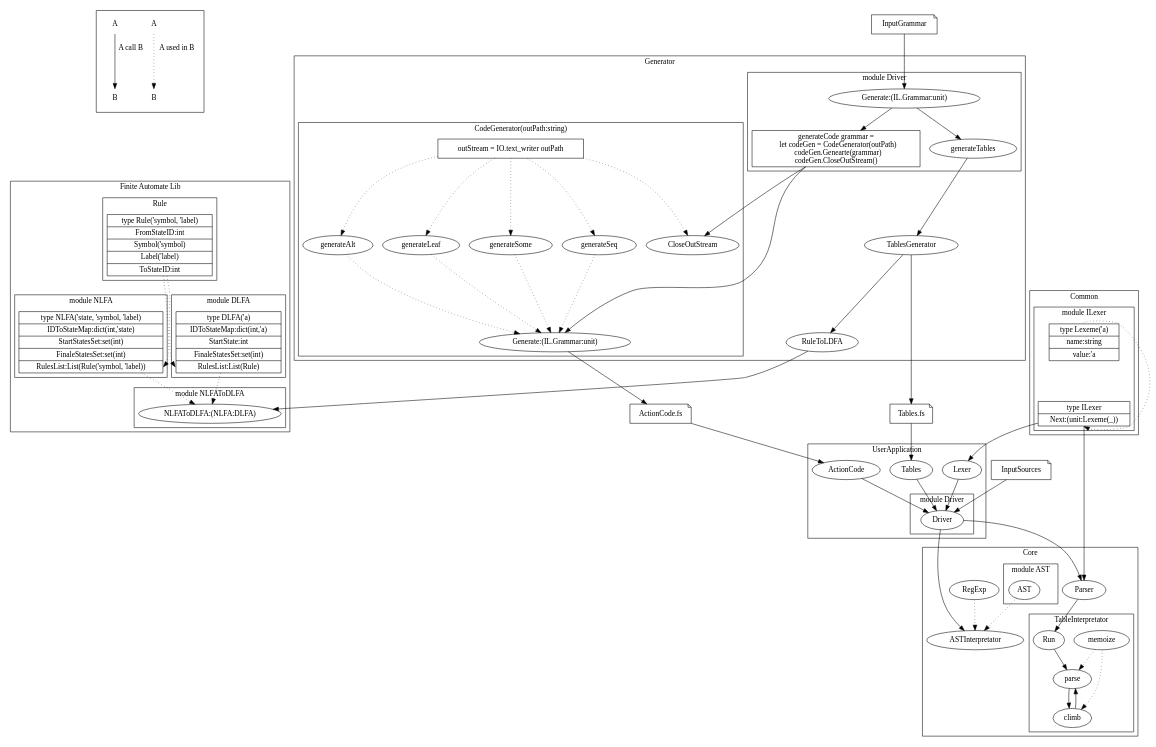
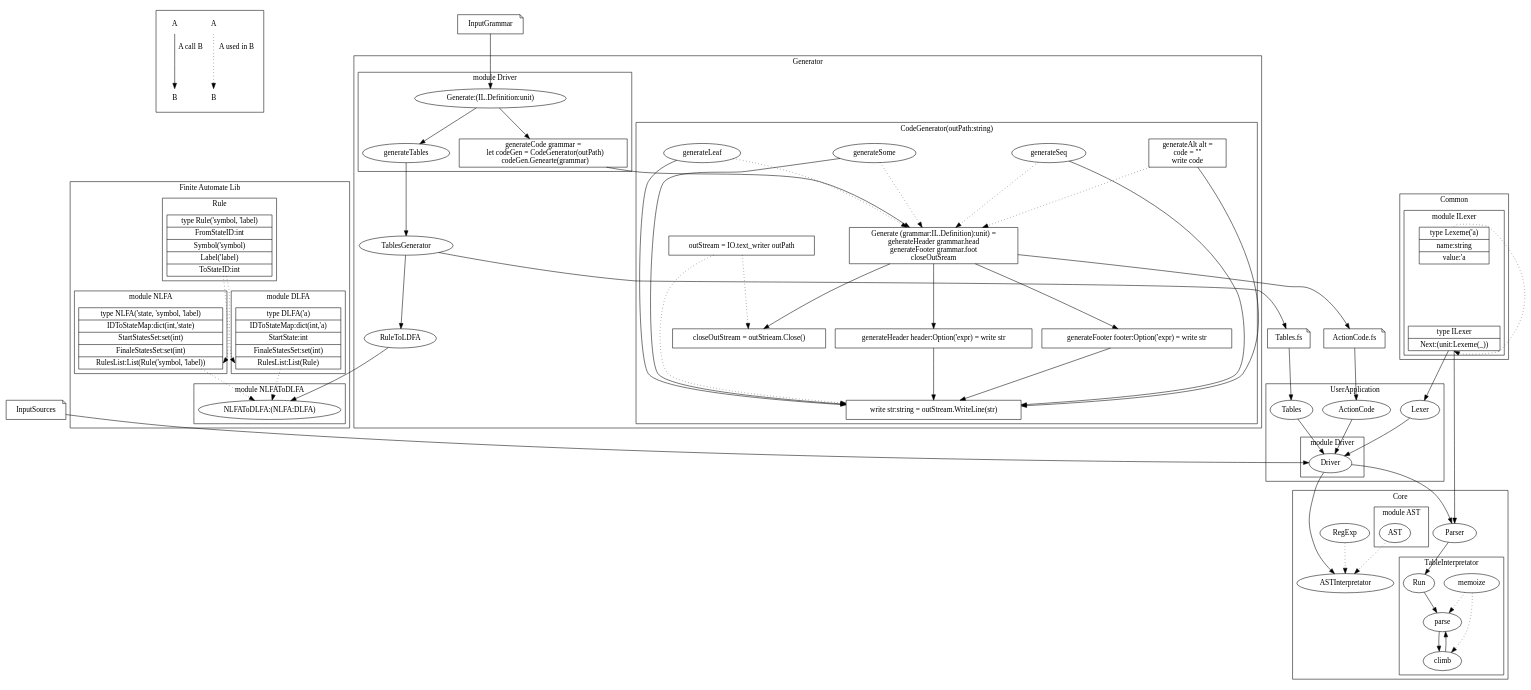
One commit to YaccConstructor/YaccConstructor changed the diagram in Docs/ProjectDocumentation/RACCStructure/structure.dot. Above: the diagram before and after it, drawn with Graphviz.

Commit message:
structure draft

```diff
--- a/Docs/ProjectDocumentation/RACCStructure/structure.dot
+++ b/Docs/ProjectDocumentation/RACCStructure/structure.dot
@@ -49,38 +49,47 @@
                 {
                         label = "module Driver";
 
-                        Generate [label = "Generate:(IL.Grammar:unit)"];                        
-                        generateCode [shape = box, label = "generateCode grammar = \n   let codeGen = CodeGenerator(outPath) \n   codeGen.Genearte(grammar) \n codeGen.CloseOutStream()"];
+                        Generate [label = "Generate:(IL.Definition:unit)"];                        
+                        generateCode [shape = box, label = "generateCode grammar = \n   let codeGen = CodeGenerator(outPath) \n   codeGen.Genearte(grammar)"];
                         generateTables;
 
                         Generate -> generateCode;
                         Generate -> generateTables;                        
                 }
 
-                generateCode -> CloseOutStream;
-                outStream -> CloseOutStream [style = dotted];
-
                 subgraph cluster_CodeGenerator
                 {
                         label = "CodeGenerator(outPath:string)";
-                        GenerateCode [label = "Generate:(IL.Grammar:unit)"];                        
-                        generateAlt;
+                        GenerateCode [shape=box, label = "Generate (grammar:IL.Definition):unit) = \n geherateHeader grammar.head\n generateFooter grammar.foot\n closeOutSream"];                        
+                        generateAlt [shape=box, label = "generateAlt alt = \n code = \"\" \n write code"];
                         generateSeq;
                         generateLeaf;
                         generateSome;
+                        write [shape=box, label = "write str:string = outStream.WriteLine(str)"];
+                        generateHeader [shape=box, label = "generateHeader header:Option('expr) = write str"];
+                        generateFooter [shape=box, label = "generateFooter footer:Option('expr) = write str"];
+                        outStream [shape=box, label = "outStream = IO.text_writer outPath"];
+                        closeOutStream [ shape= box, label = "closeOutStream = outStrieam.Close()"];
+
                         generateAlt -> GenerateCode [style = dotted];
                         generateSeq -> GenerateCode [style = dotted];
                         generateLeaf -> GenerateCode [style = dotted];
-                        generateSome -> GenerateCode [style = dotted];                        
-                        outStream [shape=rec, label = "outStream = IO.text_writer outPath"];
-                        outStream -> generateAlt [style = dotted];
-                        outStream -> generateSeq [style = dotted];
-                        outStream -> generateLeaf [style = dotted];
-                        outStream -> generateSome [style = dotted];
-                        CloseOutStream;
+                        generateSome -> GenerateCode [style = dotted];
+                        GenerateCode -> generateHeader;
+                        GenerateCode -> generateFooter;        
+                        outStream -> write [style = dotted];
+                        generateAlt -> write;
+                        generateSeq -> write;
+                        generateLeaf -> write;
+                        generateSome -> write;
+                        generateHeader -> write;
+                        generateFooter -> write;
+                        outStream -> closeOutStream [style = dotted];
+                        GenerateCode -> closeOutStream;                                                
                 }                                          
                 
                 RuleToLDFA;
+
                 generateCode -> GenerateCode;
                 generateTables -> TablesGenerator;
                 TablesGenerator -> RuleToLDFA;
```
